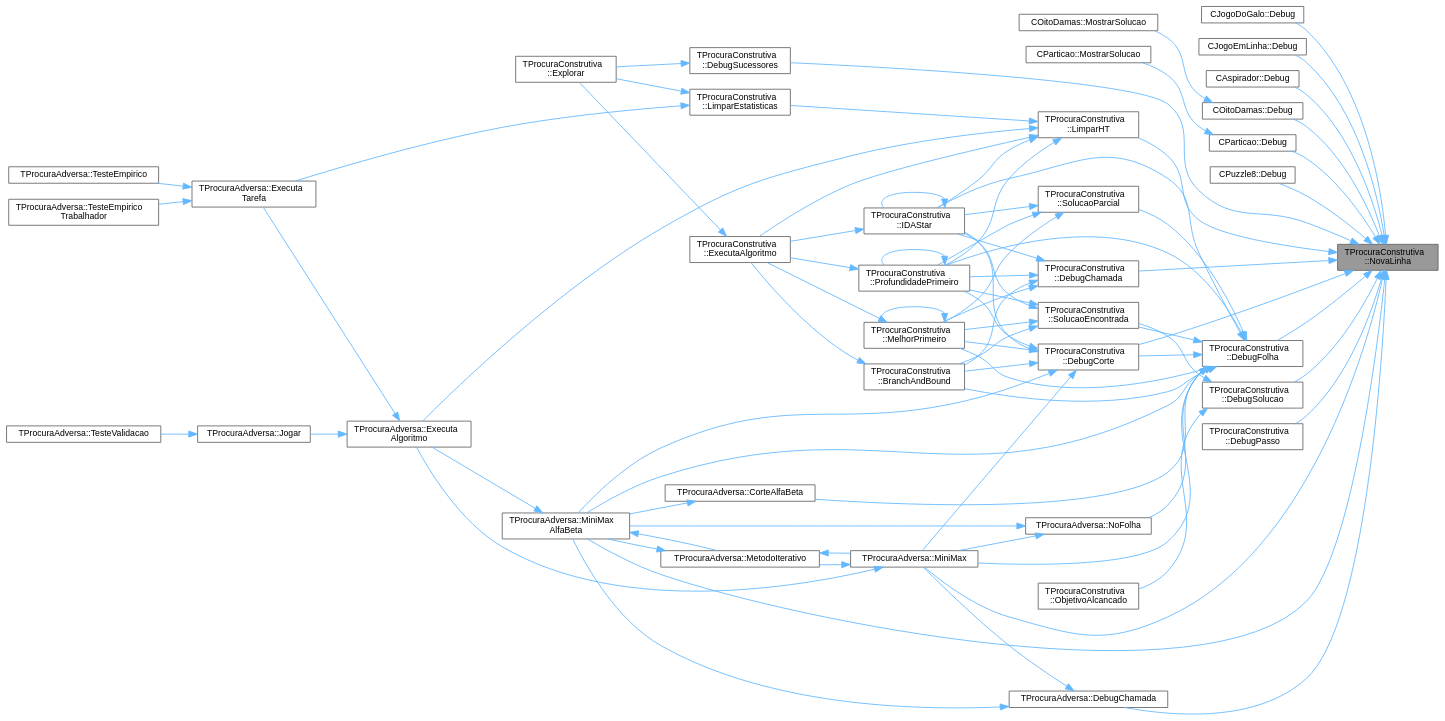
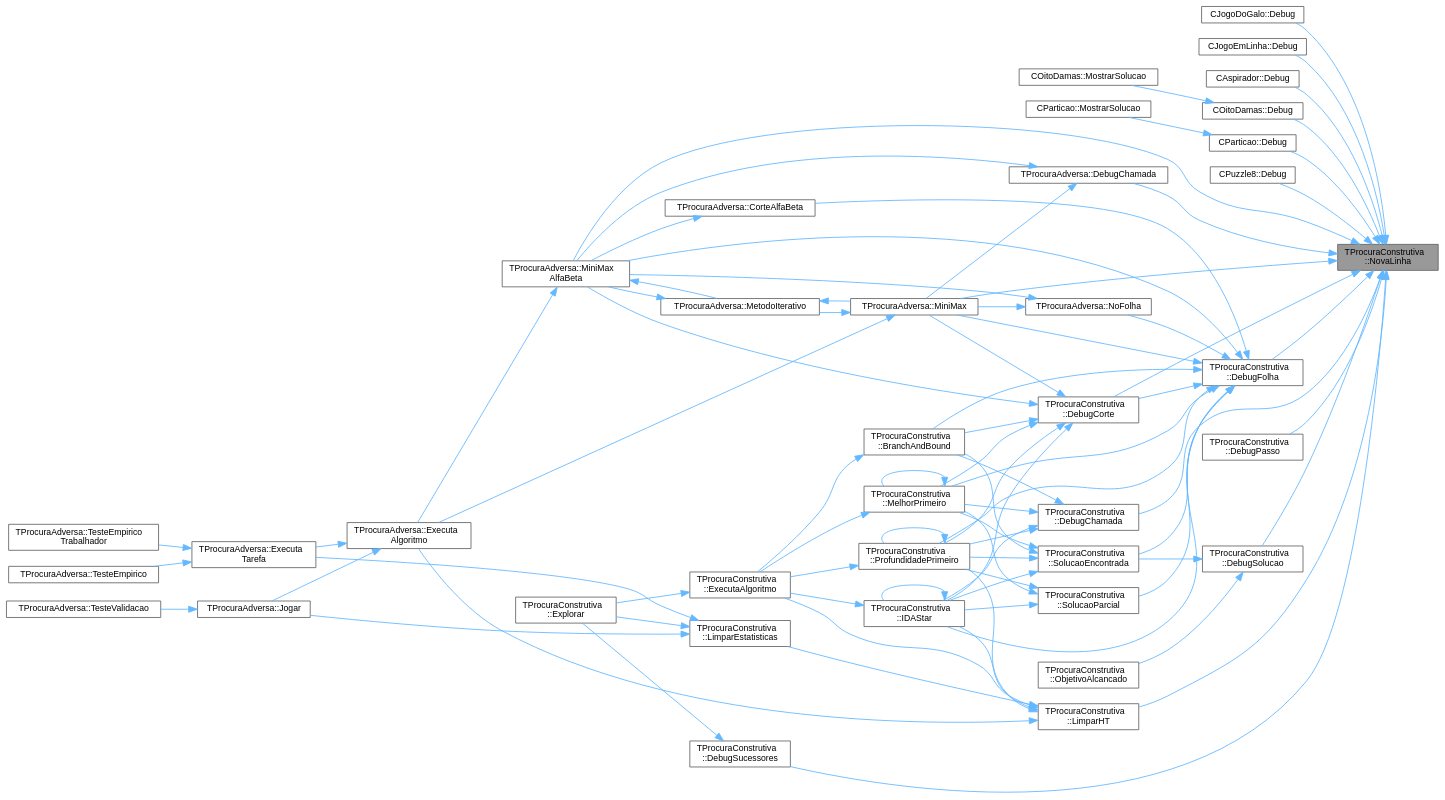
One commit to jcoelho72/TProcura changed the diagram in classTProcuraConstrutiva_a7426b2abb333f77ef5d00ae46d5f2d32_icgraph.dot. Above: the diagram before and after it, drawn with Graphviz. The commit also changed 80 other files, not shown here.

```diff
--- a/classTProcuraConstrutiva_a7426b2abb333f77ef5d00ae46d5f2d32_icgraph.dot
+++ b/classTProcuraConstrutiva_a7426b2abb333f77ef5d00ae46d5f2d32_icgraph.dot
@@ -120,7 +120,8 @@
   Node38 [id="Node000038",label="TProcuraConstrutiva\l::LimparEstatisticas",height=0.2,width=0.4,color="grey40", fillcolor="white", style="filled",URL="$classTProcuraConstrutiva.html#adaefadabea2eb225ed28c3927feb6828",tooltip="Chapar antes da execução do algoritmo. Limpa valores estatísticos, e fixa o instante limite de tempo ..."];
   Node38 -> Node20 [id="edge76_Node000038_Node000020",dir="back",color="steelblue1",style="solid",tooltip=" "];
   Node38 -> Node13 [id="edge77_Node000038_Node000013",dir="back",color="steelblue1",style="solid",tooltip=" "];
-  Node37 -> Node16 [id="edge78_Node000037_Node000016",dir="back",color="steelblue1",style="solid",tooltip=" "];
-  Node1 -> Node18 [id="edge79_Node000001_Node000018",dir="back",color="steelblue1",style="solid",tooltip=" "];
-  Node1 -> Node26 [id="edge80_Node000001_Node000026",dir="back",color="steelblue1",style="solid",tooltip=" "];
+  Node38 -> Node23 [id="edge78_Node000038_Node000023",dir="back",color="steelblue1",style="solid",tooltip=" "];
+  Node37 -> Node16 [id="edge79_Node000037_Node000016",dir="back",color="steelblue1",style="solid",tooltip=" "];
+  Node1 -> Node18 [id="edge80_Node000001_Node000018",dir="back",color="steelblue1",style="solid",tooltip=" "];
+  Node1 -> Node26 [id="edge81_Node000001_Node000026",dir="back",color="steelblue1",style="solid",tooltip=" "];
 }
```
